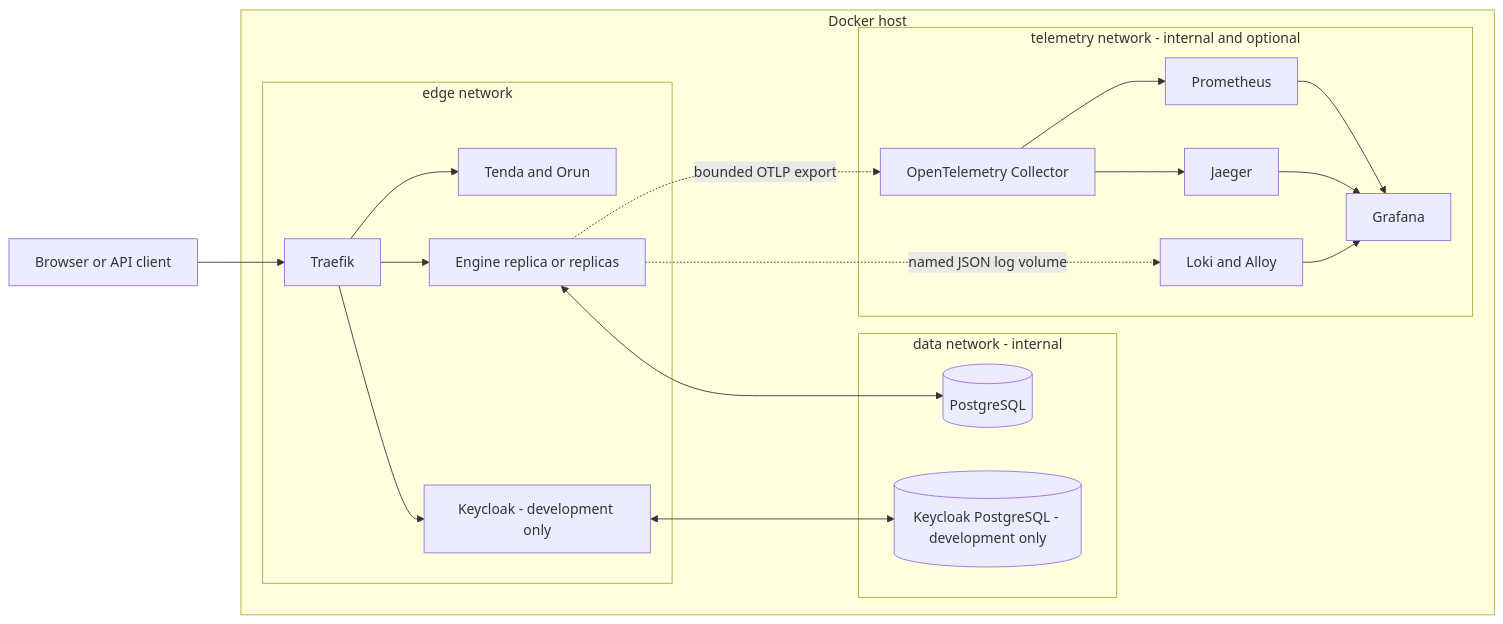
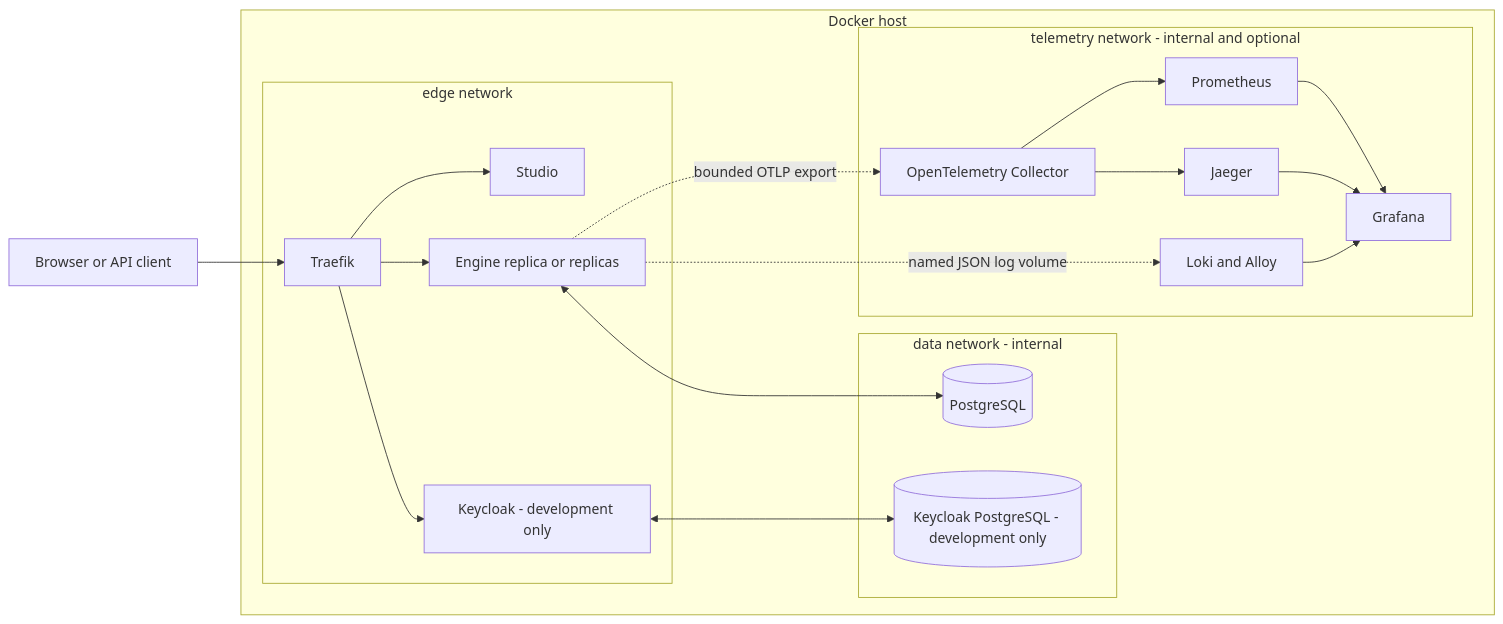
Before and after one commit to bashizip/abada-platform: the diagram in documentation/src/content/docs/architecture/deployment.mdx, drawn with Mermaid. The commit also changed other lines of this file and 48 other files, not shown here.

First line of the commit message:
feat(platform): consolidate UI to Studio-only, remove Tenda/Orun from all deployment paths

````diff
--- a/documentation/src/content/docs/architecture/deployment.mdx
+++ b/documentation/src/content/docs/architecture/deployment.mdx
@@ -12,35 +12,35 @@
 ```mermaid
 flowchart LR
   subgraph Host[Docker host]
     subgraph Edge[edge network]
       T[Traefik]
-      UI[Tenda and Orun]
+      UI[Studio]
       E[Engine replica or replicas]
       K[Keycloak - development only]
     end
     subgraph Data[data network - internal]
       DB[(PostgreSQL)]
       KD[(Keycloak PostgreSQL - development only)]
     end
     subgraph Telemetry[telemetry network - internal and optional]
       C[OpenTelemetry Collector]
       P[Prometheus]
       J[Jaeger]
       L[Loki and Alloy]
       G[Grafana]
     end
   end
   B[Browser or API client] --> T
   T --> UI
   T --> E
   T --> K
   E <--> DB
   K <--> KD
   E -. bounded OTLP export .-> C
   E -. named JSON log volume .-> L
   C --> P
   C --> J
   P --> G
   J --> G
   L --> G
 ```
````
